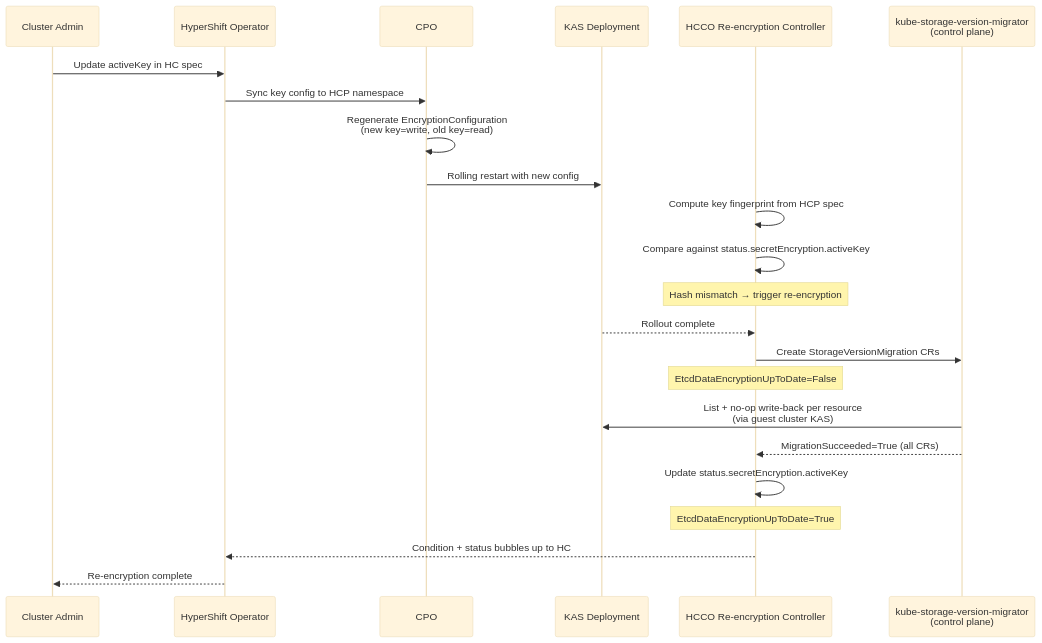
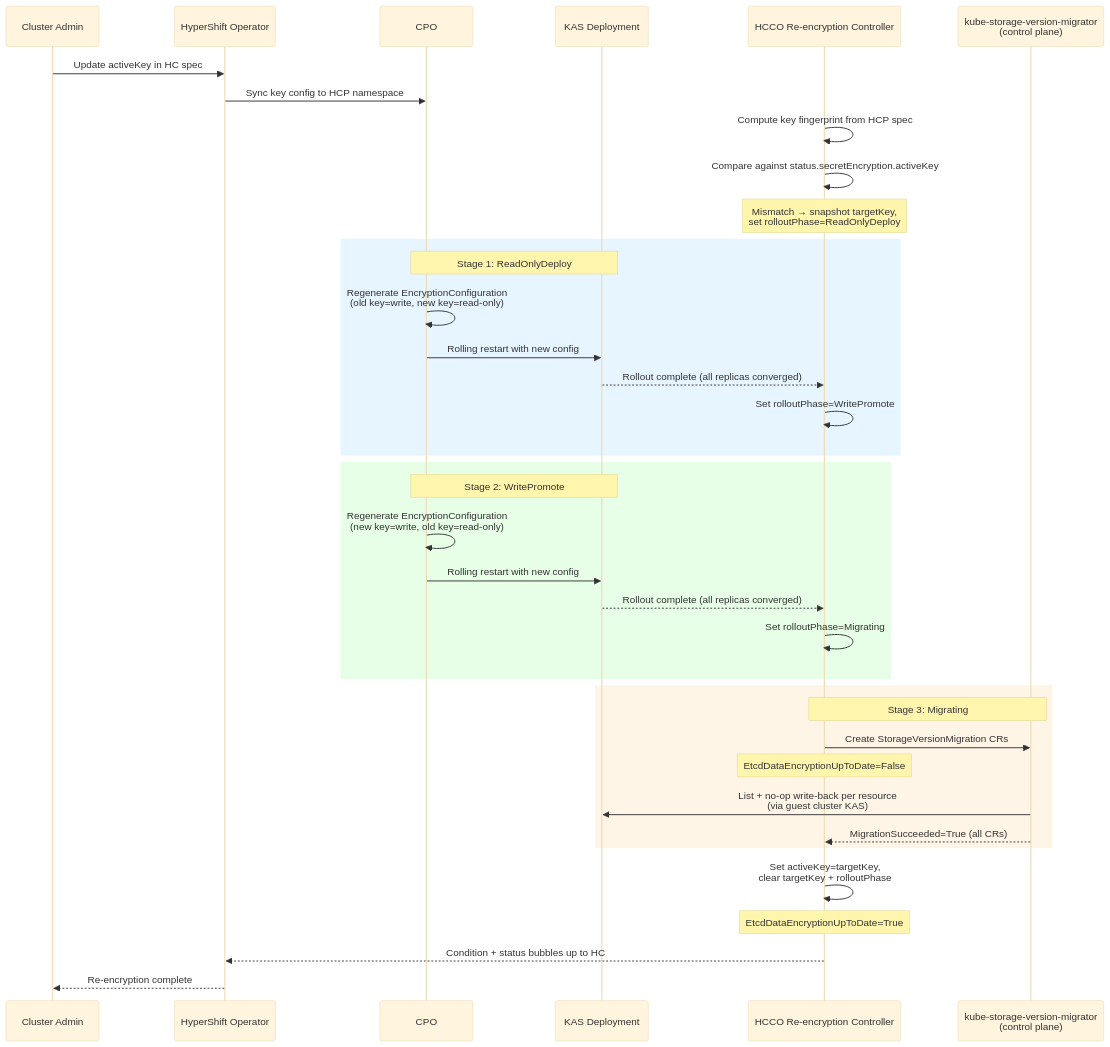
Before and after one commit to openshift/enhancements: the diagram in enhancements/hypershift/etcd-data-reencryption-on-key-rotation.md, drawn with Mermaid (base theme). The commit also changed other lines of this file, not shown here.

First line of the commit message:
Add two-stage KAS rollout and VAP-independent safety for key rotation

````diff
--- a/enhancements/hypershift/etcd-data-reencryption-on-key-rotation.md
+++ b/enhancements/hypershift/etcd-data-reencryption-on-key-rotation.md
@@ -277,26 +304,44 @@
 ```mermaid
 sequenceDiagram
     participant Admin as Cluster Admin
     participant HO as HyperShift Operator
     participant CPO as CPO
     participant KAS as KAS Deployment
     participant HCCO as HCCO Re-encryption Controller
     participant SVM as kube-storage-version-migrator<br/>(control plane)
 
     Admin->>HO: Update activeKey in HC spec
     HO->>CPO: Sync key config to HCP namespace
-    CPO->>CPO: Regenerate EncryptionConfiguration<br/>(new key=write, old key=read)
-    CPO->>KAS: Rolling restart with new config
     HCCO->>HCCO: Compute key fingerprint from HCP spec
     HCCO->>HCCO: Compare against status.secretEncryption.activeKey
-    Note over HCCO: Hash mismatch → trigger re-encryption
-    KAS-->>HCCO: Rollout complete
+    Note over HCCO: Mismatch → snapshot targetKey,<br/>set rolloutPhase=ReadOnlyDeploy
+
+    rect rgb(230, 245, 255)
+    Note over CPO,KAS: Stage 1: ReadOnlyDeploy
+    CPO->>CPO: Regenerate EncryptionConfiguration<br/>(old key=write, new key=read-only)
+    CPO->>KAS: Rolling restart with new config
+    KAS-->>HCCO: Rollout complete (all replicas converged)
+    HCCO->>HCCO: Set rolloutPhase=WritePromote
+    end
+
+    rect rgb(230, 255, 230)
+    Note over CPO,KAS: Stage 2: WritePromote
+    CPO->>CPO: Regenerate EncryptionConfiguration<br/>(new key=write, old key=read-only)
+    CPO->>KAS: Rolling restart with new config
+    KAS-->>HCCO: Rollout complete (all replicas converged)
+    HCCO->>HCCO: Set rolloutPhase=Migrating
+    end
+
+    rect rgb(255, 245, 230)
+    Note over HCCO,SVM: Stage 3: Migrating
     HCCO->>SVM: Create StorageVersionMigration CRs
     Note over HCCO: EtcdDataEncryptionUpToDate=False
     SVM->>KAS: List + no-op write-back per resource<br/>(via guest cluster KAS)
     SVM-->>HCCO: MigrationSucceeded=True (all CRs)
-    HCCO->>HCCO: Update status.secretEncryption.activeKey
+    end
+
+    HCCO->>HCCO: Set activeKey=targetKey,<br/>clear targetKey + rolloutPhase
     Note over HCCO: EtcdDataEncryptionUpToDate=True
     HCCO-->>HO: Condition + status bubbles up to HC
     HO-->>Admin: Re-encryption complete
 ```
````
